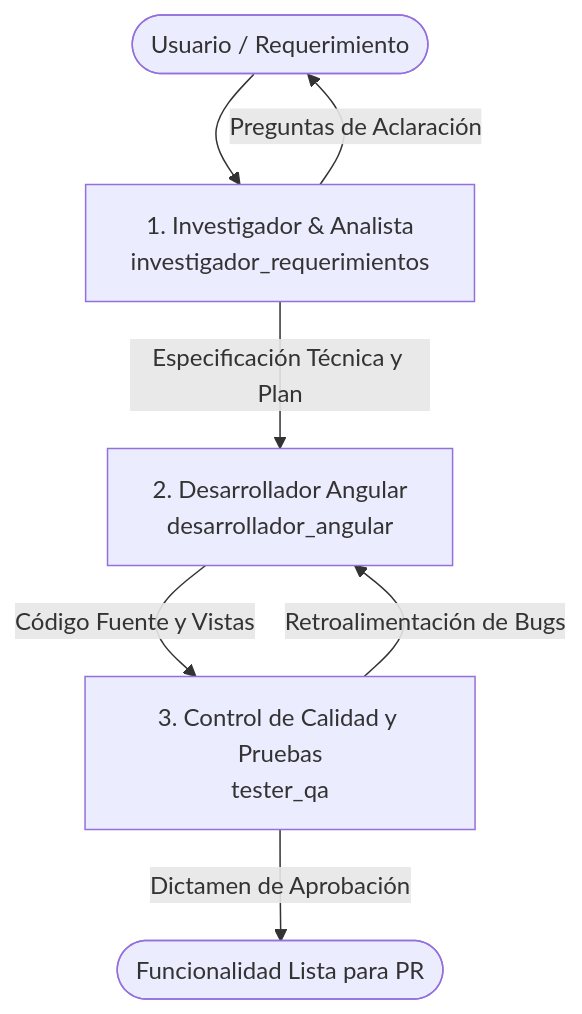
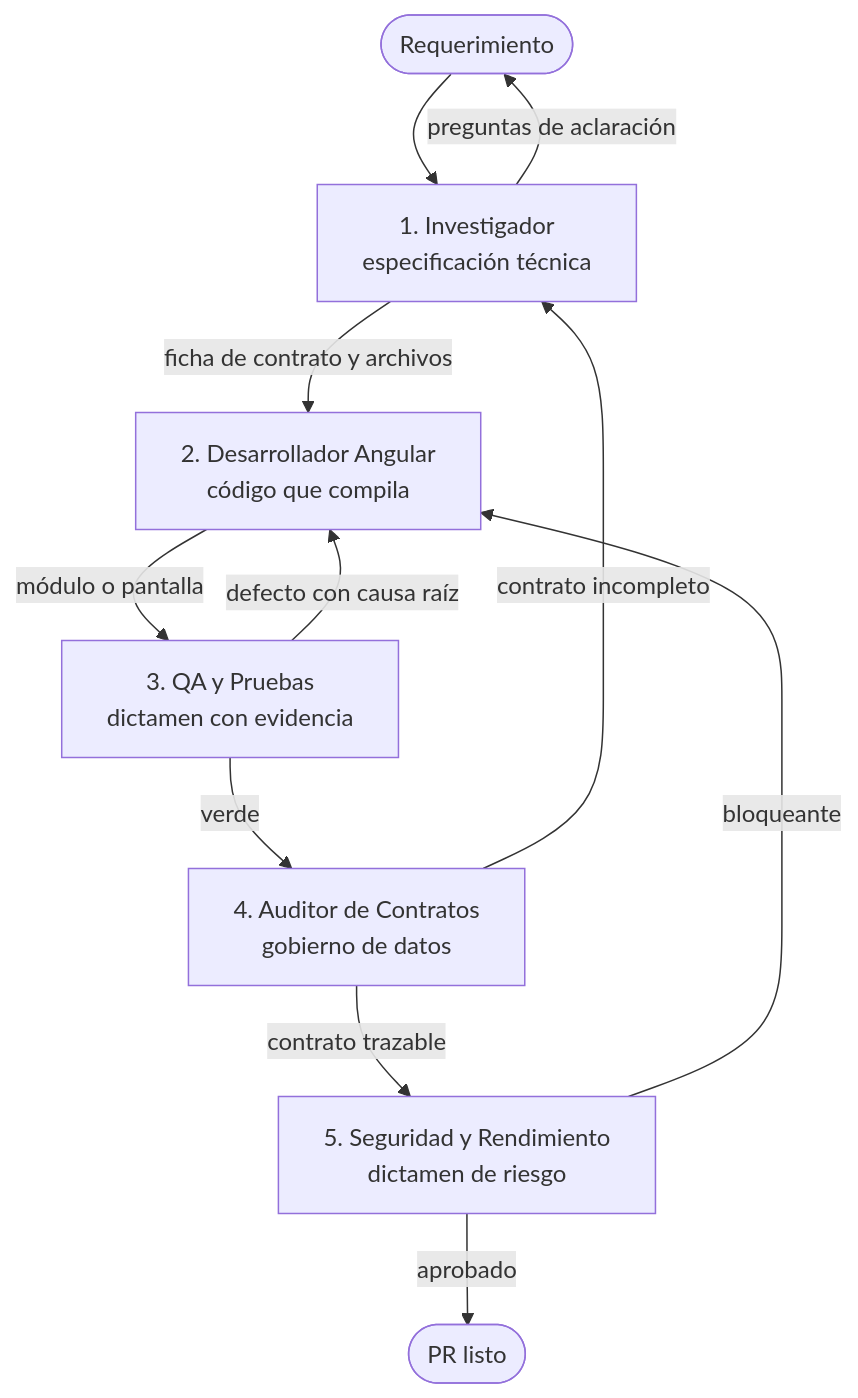
The diagram in governance/agents/README.md (diegosullcaray/MIS-angular-front), drawn with Mermaid before and after one commit. The commit also changed other lines of this file and 128 other files, not shown here.

````diff
--- a/governance/agents/README.md
+++ b/governance/agents/README.md
@@ -5,9 +5,13 @@
 ```mermaid
 graph TD
-  User([Usuario / Requerimiento]) --> Agente1[1. Investigador & Analista<br/>investigador_requerimientos]
-  Agente1 -->|Preguntas de Aclaración| User
-  Agente1 -->|Especificación Técnica y Plan| Agente2[2. Desarrollador Angular<br/>desarrollador_angular]
-  Agente2 -->|Código Fuente y Vistas| Agente3[3. Control de Calidad y Pruebas<br/>tester_qa]
-  Agente3 -->|Retroalimentación de Bugs| Agente2
-  Agente3 -->|Dictamen de Aprobación| Fin([Funcionalidad Lista para PR])
+  User([Requerimiento]) --> A1[1. Investigador<br/>especificación técnica]
+  A1 -->|preguntas de aclaración| User
+  A1 -->|ficha de contrato y archivos| A2[2. Desarrollador Angular<br/>código que compila]
+  A2 -->|módulo o pantalla| A3[3. QA y Pruebas<br/>dictamen con evidencia]
+  A3 -->|defecto con causa raíz| A2
+  A3 -->|verde| A4[4. Auditor de Contratos<br/>gobierno de datos]
+  A4 -->|contrato incompleto| A1
+  A4 -->|contrato trazable| A5[5. Seguridad y Rendimiento<br/>dictamen de riesgo]
+  A5 -->|bloqueante| A2
+  A5 -->|aprobado| Fin([PR listo])
 ```
````
